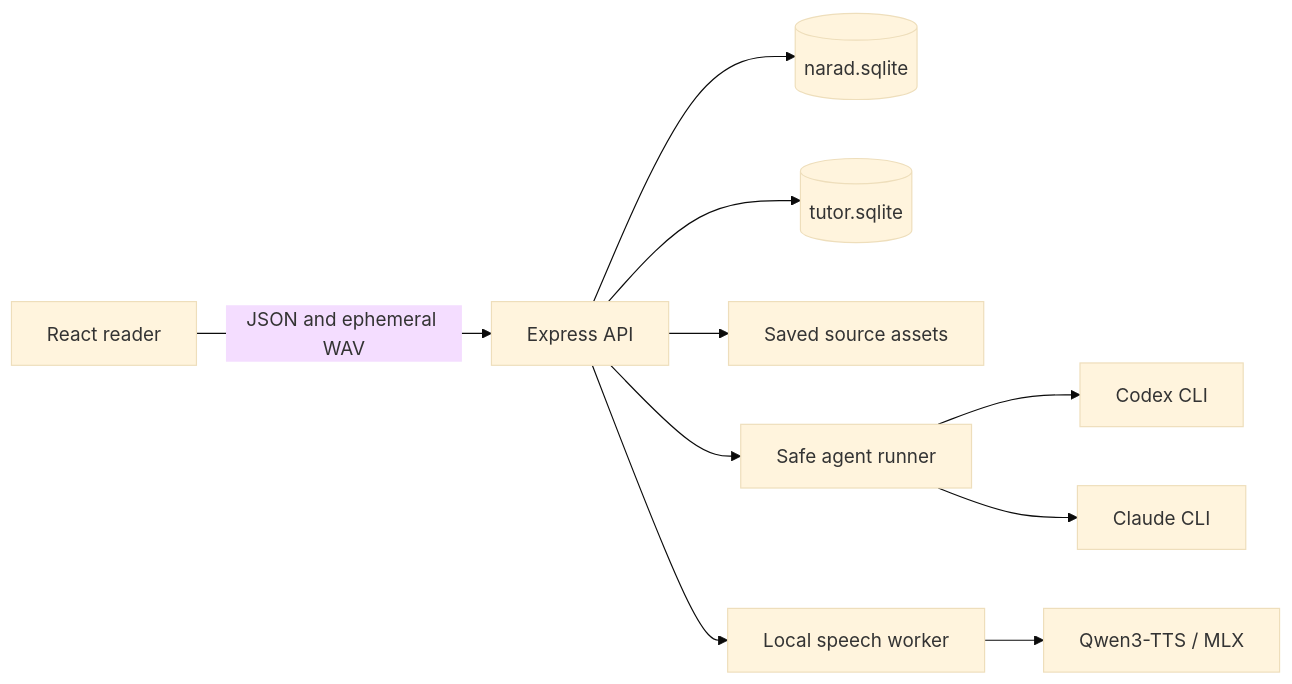
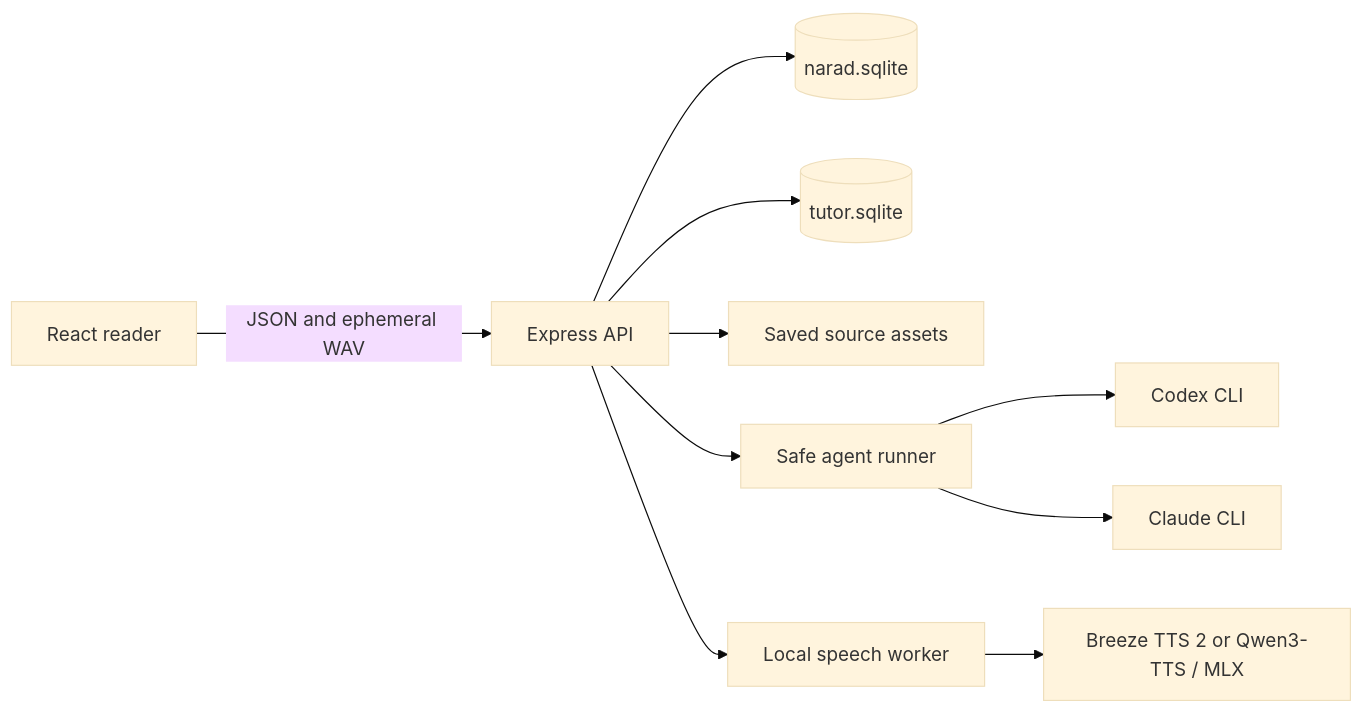
One commit to Apoorva87/Narad changed the first of 2 diagrams in ARCHITECTURE.md. Above: the diagram before and after it, drawn with Mermaid (base theme). The commit also changed other lines of this file and 51 other files, not shown here.

````diff
--- a/ARCHITECTURE.md
+++ b/ARCHITECTURE.md
@@ -7,12 +7,12 @@
 ```mermaid
 flowchart LR
   UI[React reader] -->|JSON and ephemeral WAV| API[Express API]
   API --> LS[(narad.sqlite)]
   API --> TS[(tutor.sqlite)]
   API --> AS[Saved source assets]
   API --> AR[Safe agent runner]
   AR --> C[Codex CLI]
   AR --> CL[Claude CLI]
   API --> SW[Local speech worker]
-  SW --> Q[Qwen3-TTS / MLX]
+  SW --> Q[Breeze TTS 2 or Qwen3-TTS / MLX]
 ```
````
